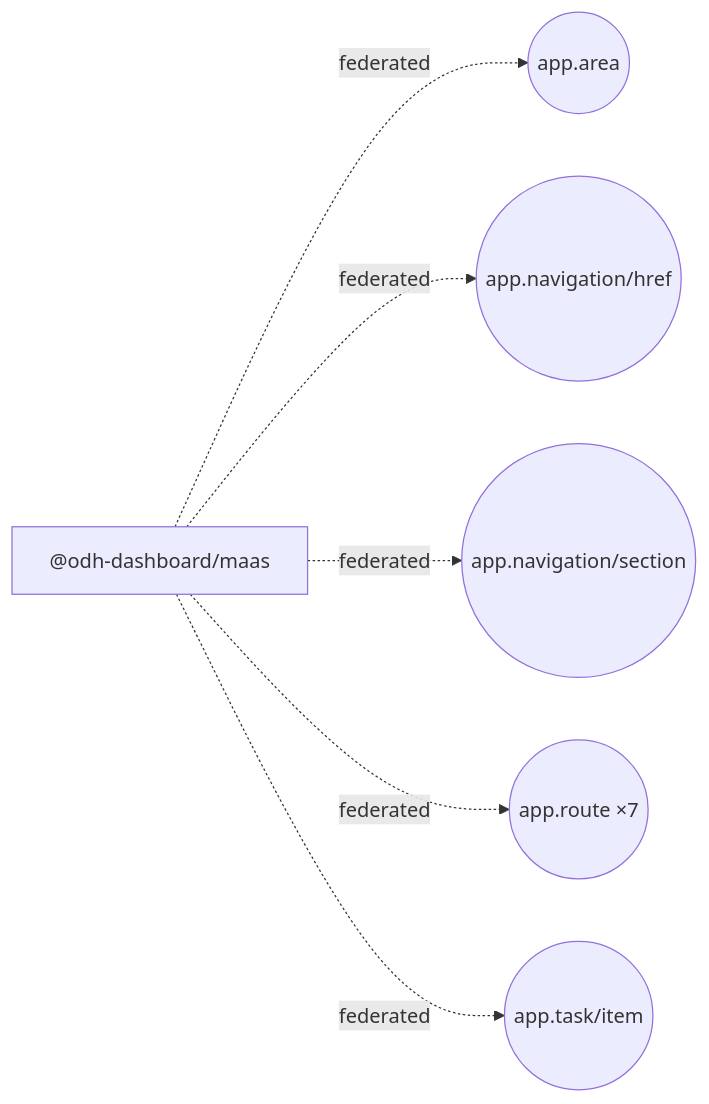
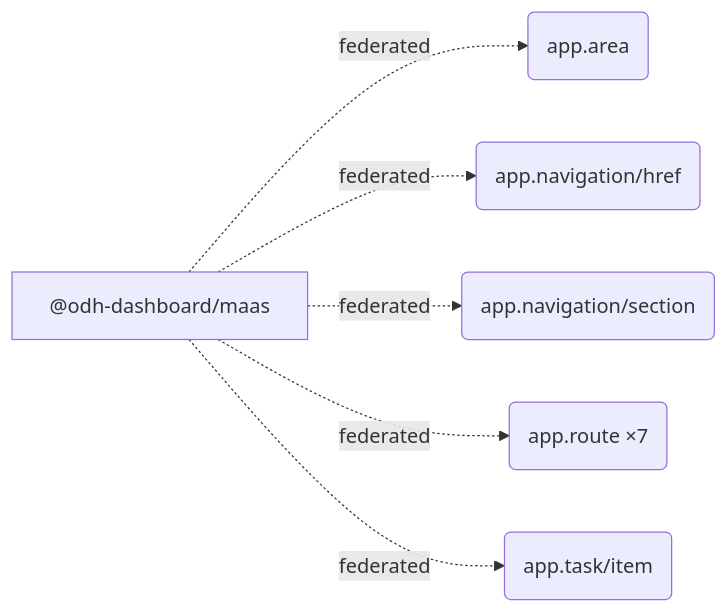
Before and after one commit to mturley/odh-dashboard: the first of 3 diagrams in packages/maas/docs/extensions.md, drawn with Mermaid. The commit also changed other lines of this file and 24 other files, not shown here.

````diff
--- a/packages/maas/docs/extensions.md
+++ b/packages/maas/docs/extensions.md
@@ -16,14 +16,14 @@
 ```mermaid
 flowchart LR
   pkg_n__odh_dashboard_maas_4903a0["@odh-dashboard/maas"]
-  point_n_app_area_bcfe23(("app.area"))
+  point_n_app_area_bcfe23("app.area")
   pkg_n__odh_dashboard_maas_4903a0 -. "federated" .-> point_n_app_area_bcfe23
-  point_n_app_navigation_href_67179c(("app.navigation/href"))
+  point_n_app_navigation_href_67179c("app.navigation/href")
   pkg_n__odh_dashboard_maas_4903a0 -. "federated" .-> point_n_app_navigation_href_67179c
-  point_n_app_navigation_section_34ff18(("app.navigation/section"))
+  point_n_app_navigation_section_34ff18("app.navigation/section")
   pkg_n__odh_dashboard_maas_4903a0 -. "federated" .-> point_n_app_navigation_section_34ff18
-  point_n_app_route_2735df(("app.route ×7"))
+  point_n_app_route_2735df("app.route ×7")
   pkg_n__odh_dashboard_maas_4903a0 -. "federated" .-> point_n_app_route_2735df
-  point_n_app_task_item_001b33(("app.task/item"))
+  point_n_app_task_item_001b33("app.task/item")
   pkg_n__odh_dashboard_maas_4903a0 -. "federated" .-> point_n_app_task_item_001b33
 ```
````
